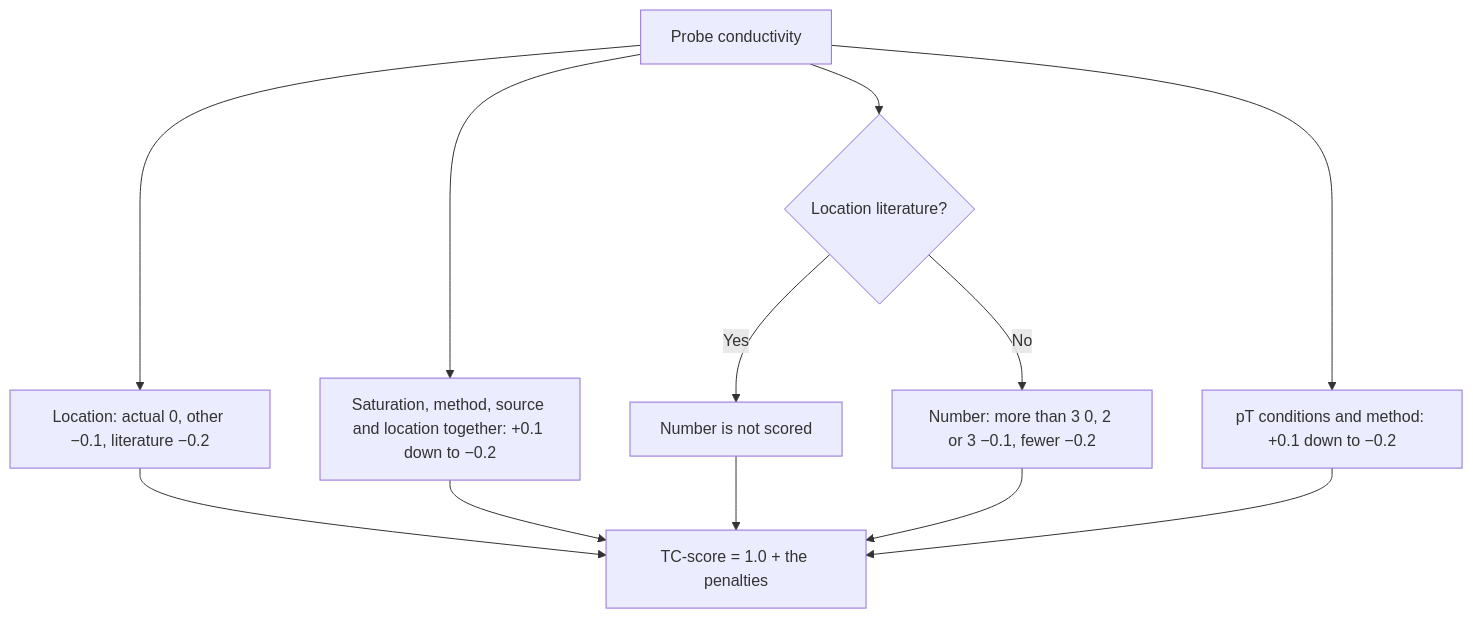
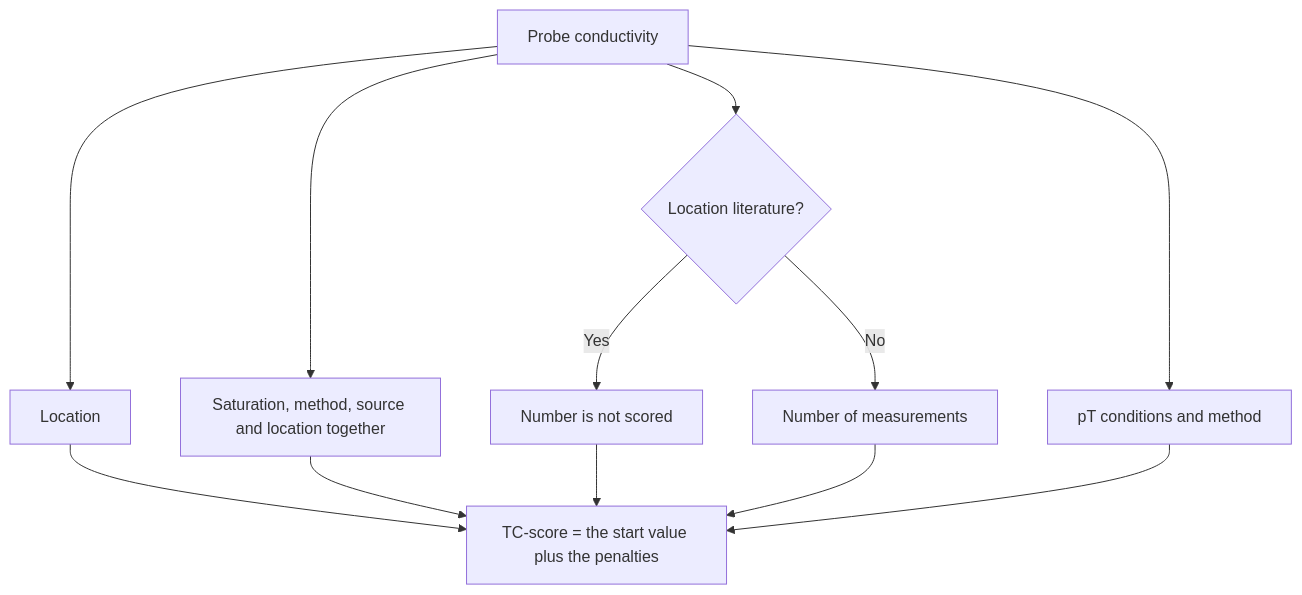
The second of 2 diagrams in docs/reference/quality-scheme/probe-sensing.md (ihfc-iugg/ghfdb), drawn with Mermaid before and after one commit. The commit also changed other lines of this file and 83 other files, not shown here.

````diff
--- a/docs/reference/quality-scheme/probe-sensing.md
+++ b/docs/reference/quality-scheme/probe-sensing.md
@@ -120,14 +100,14 @@
 ```{mermaid}
 flowchart TD
-    conductivity["Probe conductivity"] --> location["Location: actual 0, other −0.1, literature −0.2"]
-    conductivity --> saturation["Saturation, method, source and location together: +0.1 down to −0.2"]
+    conductivity["Probe conductivity"] --> location["Location"]
+    conductivity --> saturation["Saturation, method, source and location together"]
     conductivity --> literature{"Location literature?"}
     literature -->|"Yes"| skip["Number is not scored"]
-    literature -->|"No"| number["Number: more than 3 0, 2 or 3 −0.1, fewer −0.2"]
-    conductivity --> pt["pT conditions and method: +0.1 down to −0.2"]
-    location --> sum["TC-score = 1.0 + the penalties"]
+    literature -->|"No"| number["Number of measurements"]
+    conductivity --> pt["pT conditions and method"]
+    location --> sum["TC-score = the start value plus the penalties"]
     saturation --> sum
     skip --> sum
     number --> sum
     pt --> sum
 ```
````
